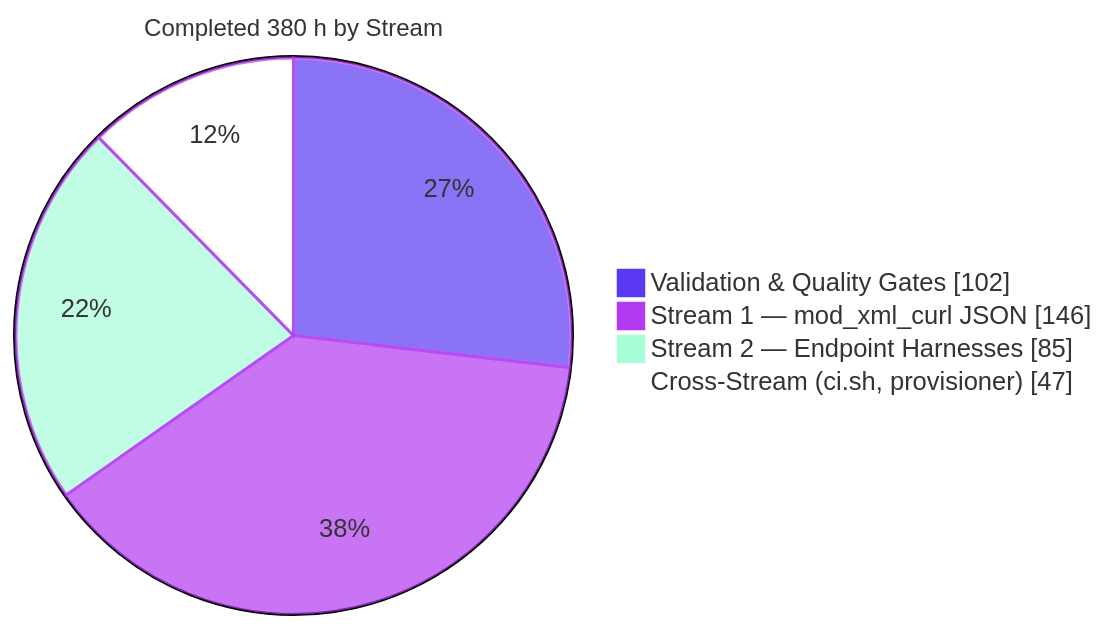
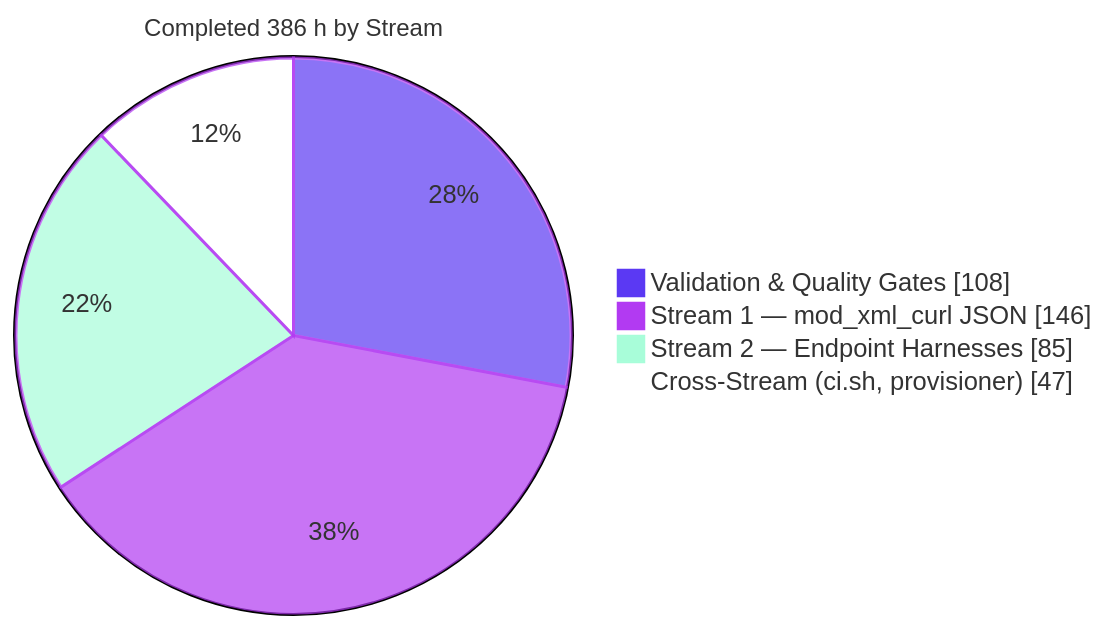
The fourth of 4 diagrams in blitzy/documentation/Project Guide.md (blitzy-public-samples/freeswitch), drawn with Mermaid before and after one commit. The commit also changed other lines of this file and 3 other files, not shown here.

````diff
--- a/blitzy/documentation/Project Guide.md
+++ b/blitzy/documentation/Project Guide.md
@@ -436,8 +427,8 @@
 ```mermaid
 %%{init: {"theme":"base","themeVariables":{"pie1":"#5B39F3","pie2":"#B23AF2","pie3":"#A8FDD9","pie4":"#FFFFFF","pieStrokeColor":"#B23AF2","pieStrokeWidth":"2px","pieTitleTextSize":"16px"}}}%%
-pie showData title Completed 380 h by Stream
-    "Validation & Quality Gates" : 102
+pie showData title Completed 386 h by Stream
+    "Validation & Quality Gates" : 108
     "Stream 1 — mod_xml_curl JSON" : 146
     "Stream 2 — Endpoint Harnesses" : 85
     "Cross-Stream (ci.sh, provisioner)" : 47
 ```
````
